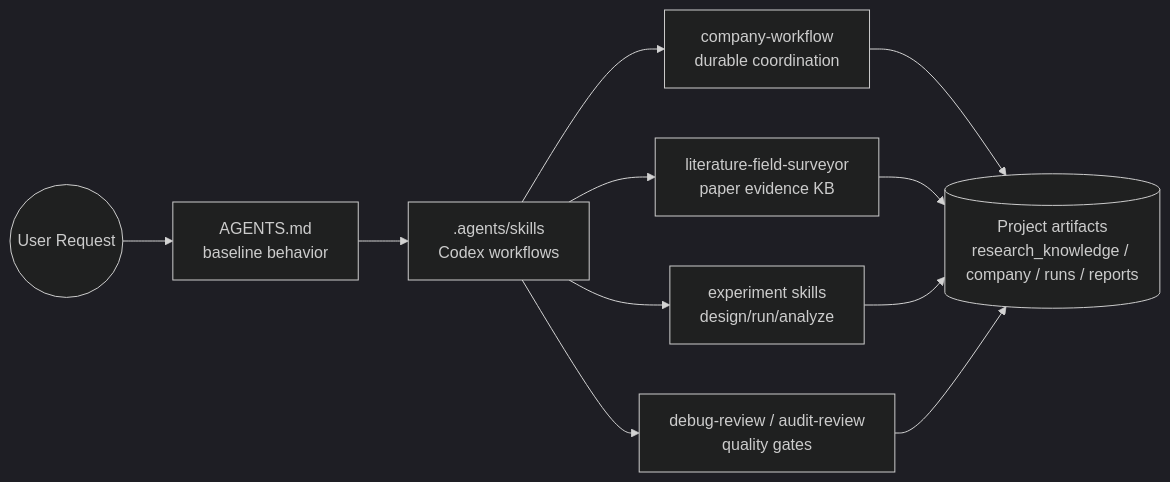
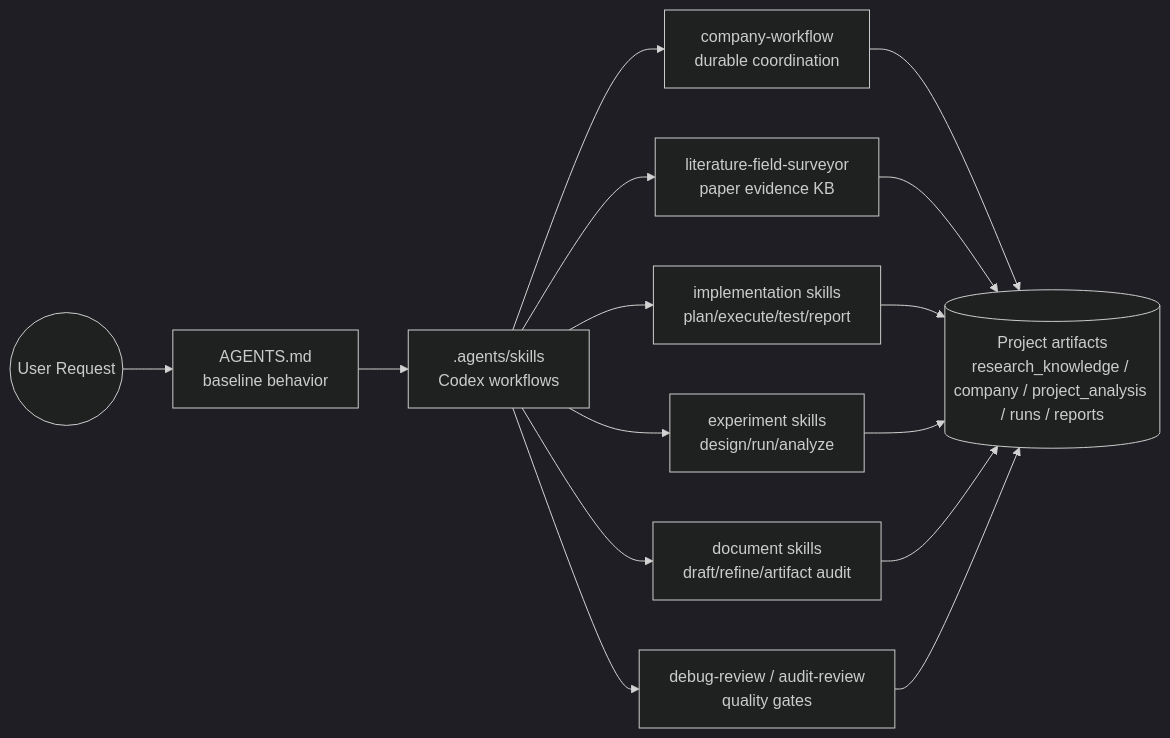
One commit to woosook0127/Codex_Skillset changed the first of 9 diagrams in README.md. Above: the diagram before and after it, drawn with Mermaid (dark theme). The commit also changed other lines of this file and 13 other files, not shown here.

````diff
--- a/README.md
+++ b/README.md
@@ -18,22 +18,28 @@
 ```mermaid
 flowchart LR
     USER(("User Request"))
     AG["AGENTS.md<br/>baseline behavior"]
     SK[".agents/skills<br/>Codex workflows"]
     CW["company-workflow<br/>durable coordination"]
     LIT["literature-field-surveyor<br/>paper evidence KB"]
+    IMPL["implementation skills<br/>plan/execute/test/report"]
     EXP["experiment skills<br/>design/run/analyze"]
+    DOC["document skills<br/>draft/refine/artifact audit"]
     QA["debug-review / audit-review<br/>quality gates"]
-    OUT[("Project artifacts<br/>research_knowledge / company / runs / reports")]
+    OUT[("Project artifacts<br/>research_knowledge / company / project_analysis / runs / reports")]
 
     USER --> AG
     AG --> SK
     SK --> CW
     SK --> LIT
+    SK --> IMPL
     SK --> EXP
+    SK --> DOC
     SK --> QA
     CW --> OUT
     LIT --> OUT
+    IMPL --> OUT
     EXP --> OUT
+    DOC --> OUT
     QA --> OUT
 ```
````
